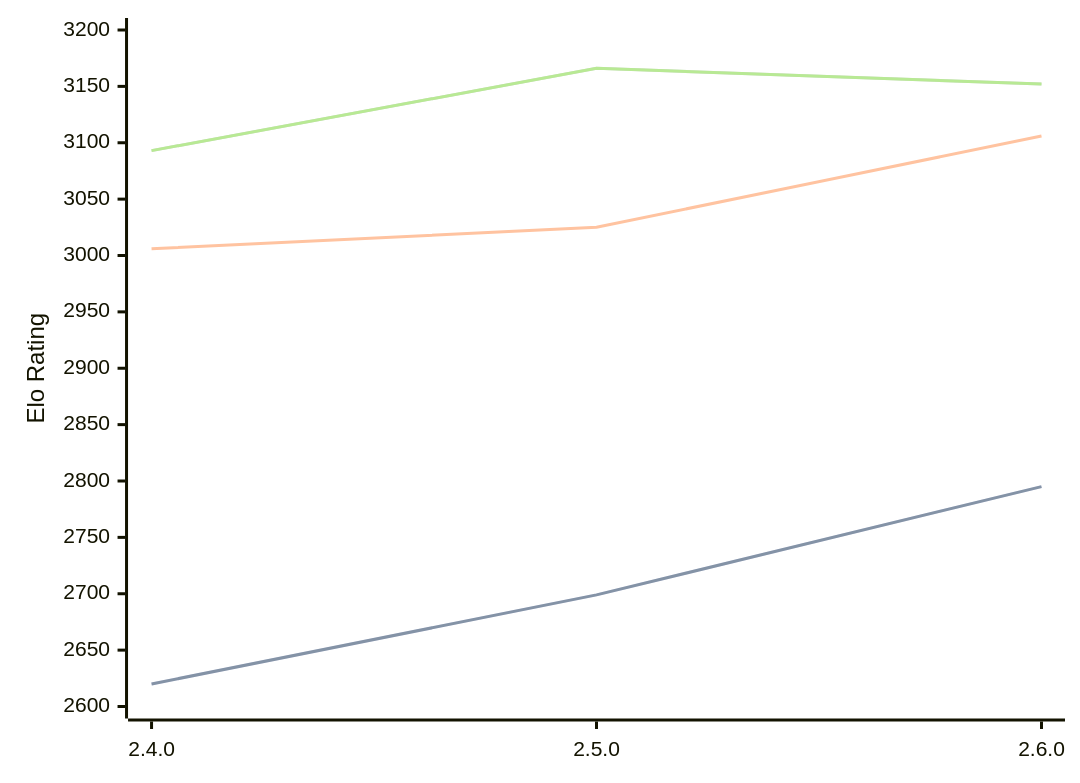
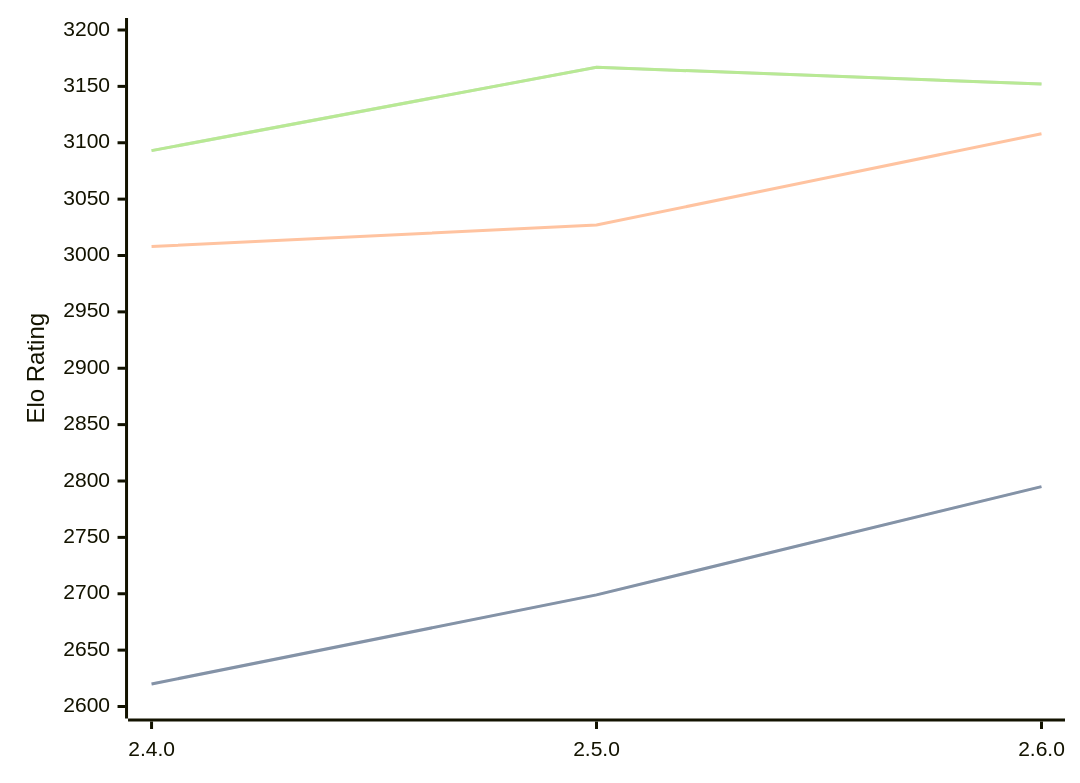
The diagram in engines/Sturddle2.md (computer-chess-index/cci), drawn with Mermaid before and after one commit. The commit also changed other lines of this file, not shown here.

Commit message:
Update CCI Ratings (ELO VLTC) - 2026-09-10

````diff
--- a/engines/Sturddle2.md
+++ b/engines/Sturddle2.md
@@ -33,11 +33,11 @@
 ```mermaid
 %%{init: {"theme":"base","themeVariables":{"seriesColors:['#a3a3a3','#222221','#faa371']}}}%%
 xychart-beta
   x-axis ["2.4.0", "2.5.0", "2.6.0"]
   y-axis "Elo Rating" 2600 --> 3200
   line "" [2620, 2699, 2795]
   line "STC (8.0+0.08s)" [2620, 2699, 2795]
-  line "LTC (60.0+0.60s)" [3006, 3025, 3106]
-  line "" [3093, 3166, 3152]
-  line "VLTC (2m24s+1.12s)" [3093, 3166, 3152]
+  line "LTC (60.0+0.60s)" [3008, 3027, 3108]
+  line "" [3093, 3167, 3152]
+  line "VLTC (2m24s+1.12s)" [3093, 3167, 3152]
 ```
````
